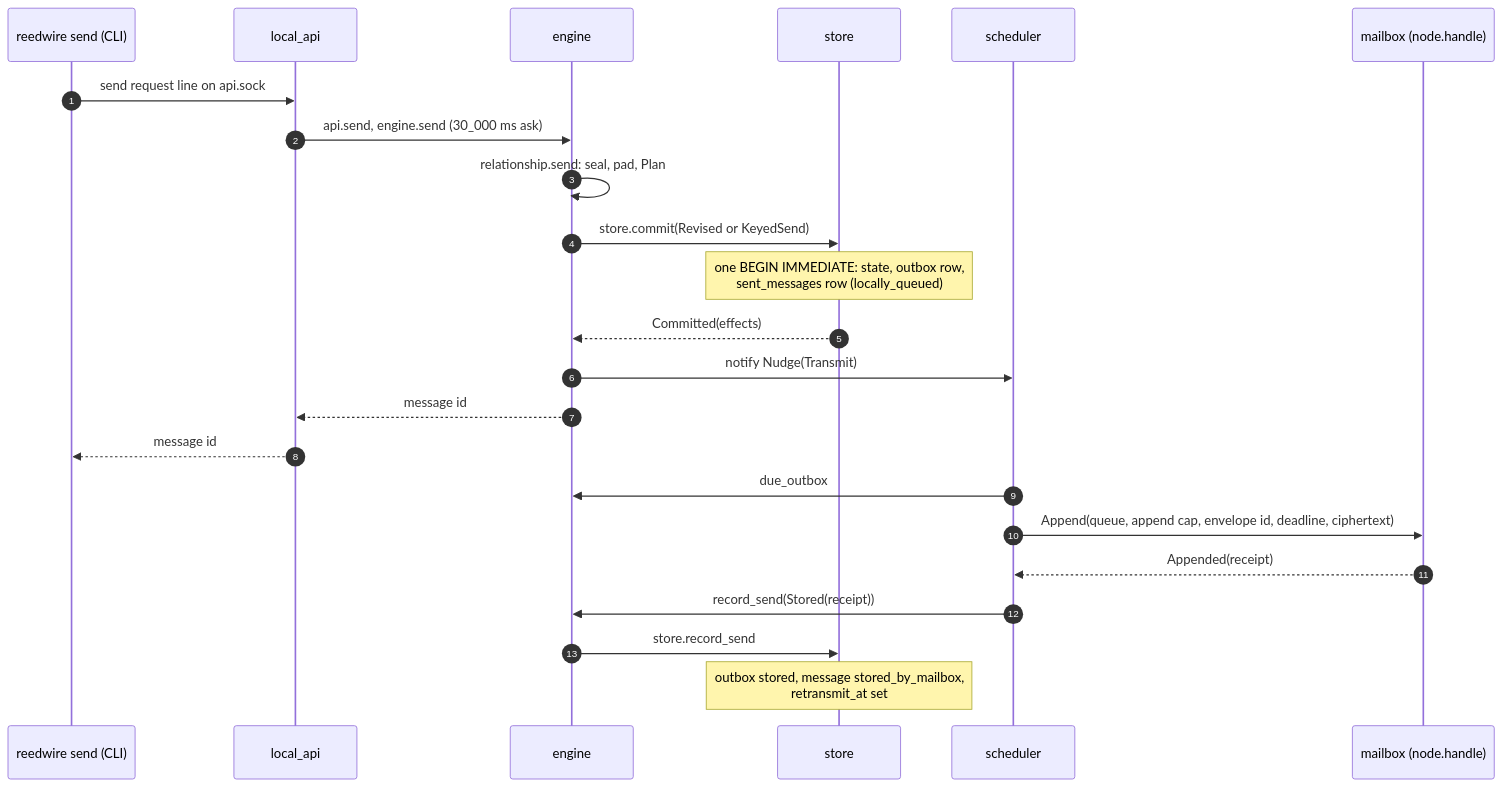
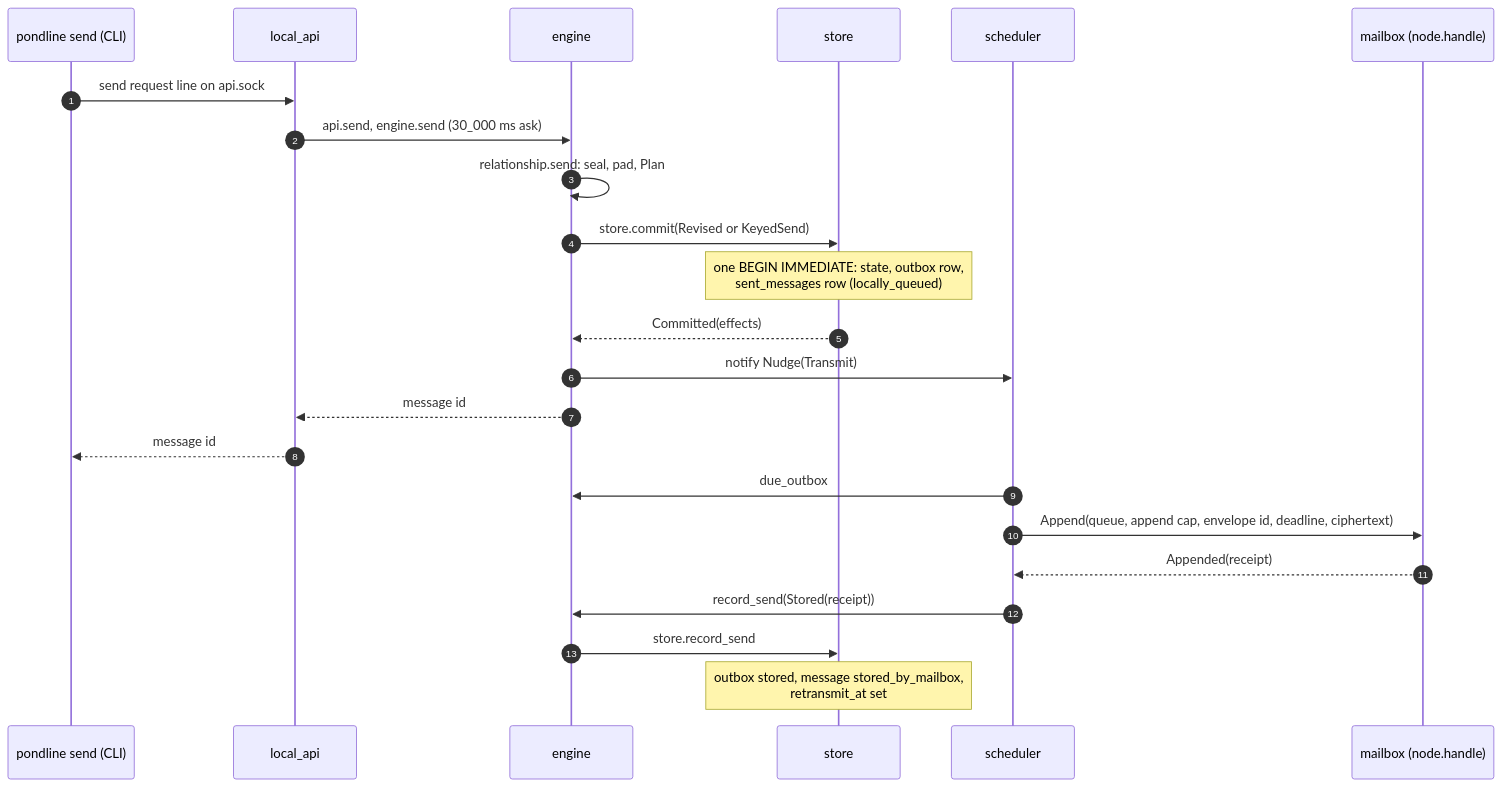
The fourth of 6 diagrams in docs/architecture/system.md (Roasbeef/pondline), drawn with Mermaid before and after one commit. The commit also changed other lines of this file and 44 other files, not shown here.

````diff
--- a/docs/architecture/system.md
+++ b/docs/architecture/system.md
@@ -206,26 +206,26 @@
 ```mermaid
 sequenceDiagram
     autonumber
-    participant Op as reedwire send (CLI)
+    participant Op as pondline send (CLI)
     participant L as local_api
     participant E as engine
     participant S as store
     participant Sc as scheduler
     participant M as mailbox (node.handle)
 
     Op->>L: send request line on api.sock
     L->>E: api.send, engine.send (30_000 ms ask)
     E->>E: relationship.send: seal, pad, Plan
     E->>S: store.commit(Revised or KeyedSend)
     Note over S: one BEGIN IMMEDIATE: state, outbox row,<br/>sent_messages row (locally_queued)
     S-->>E: Committed(effects)
     E->>Sc: notify Nudge(Transmit)
     E-->>L: message id
     L-->>Op: message id
     Sc->>E: due_outbox
     Sc->>M: Append(queue, append cap, envelope id, deadline, ciphertext)
     M-->>Sc: Appended(receipt)
     Sc->>E: record_send(Stored(receipt))
     E->>S: store.record_send
     Note over S: outbox stored, message stored_by_mailbox,<br/>retransmit_at set
 ```
````
